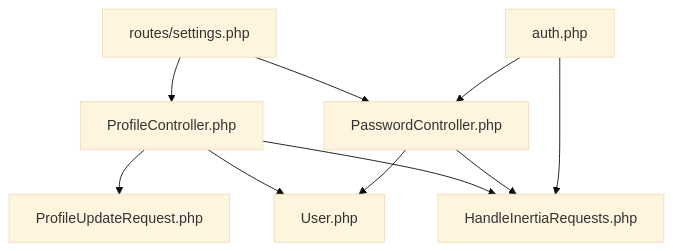
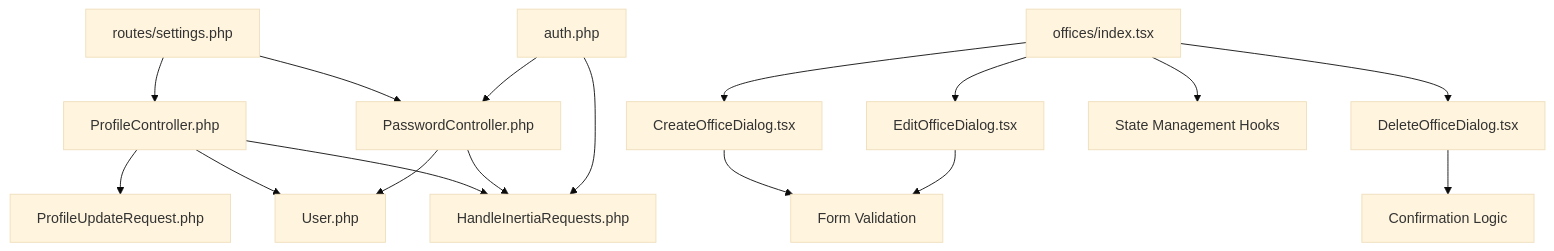
Before and after one commit to vincet0t15/template: the eighth of 8 diagrams in .qoder/repowiki/en/content/Settings Management/Settings Management.md, drawn with Mermaid (base theme). The commit also changed other lines of this file and 11 other files, not shown here.

````diff
--- a/.qoder/repowiki/en/content/Settings Management/Settings Management.md
+++ b/.qoder/repowiki/en/content/Settings Management/Settings Management.md
@@ -305,12 +374,19 @@
 ```mermaid
 graph TB
 Routes["routes/settings.php"] --> ProfileController["ProfileController.php"]
 Routes --> PasswordController["PasswordController.php"]
 ProfileController --> ProfileUpdateRequest["ProfileUpdateRequest.php"]
 ProfileController --> User["User.php"]
 PasswordController --> User
 ProfileController --> Middleware["HandleInertiaRequests.php"]
 PasswordController --> Middleware
 AuthConfig["auth.php"] --> PasswordController
 AuthConfig --> Middleware
+OfficesIndex["offices/index.tsx"] --> CreateDialog["CreateOfficeDialog.tsx"]
+OfficesIndex --> EditDialog["EditOfficeDialog.tsx"]
+OfficesIndex --> DeleteDialog["DeleteOfficeDialog.tsx"]
+OfficesIndex --> StateManagement["State Management Hooks"]
+CreateDialog --> FormValidation["Form Validation"]
+EditDialog --> FormValidation
+DeleteDialog --> ConfirmationLogic["Confirmation Logic"]
 ```
````
